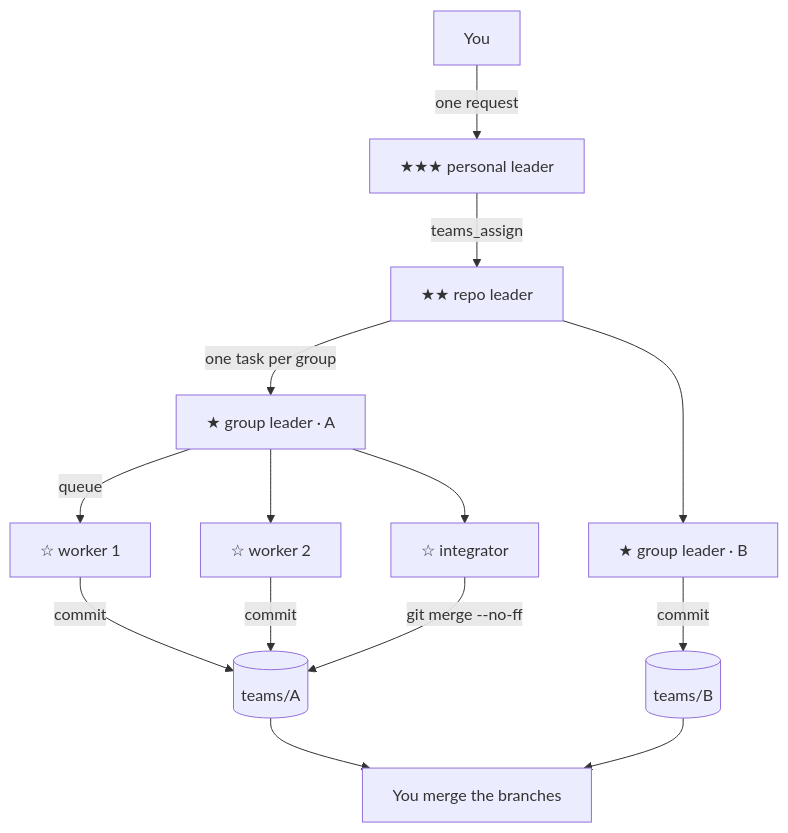
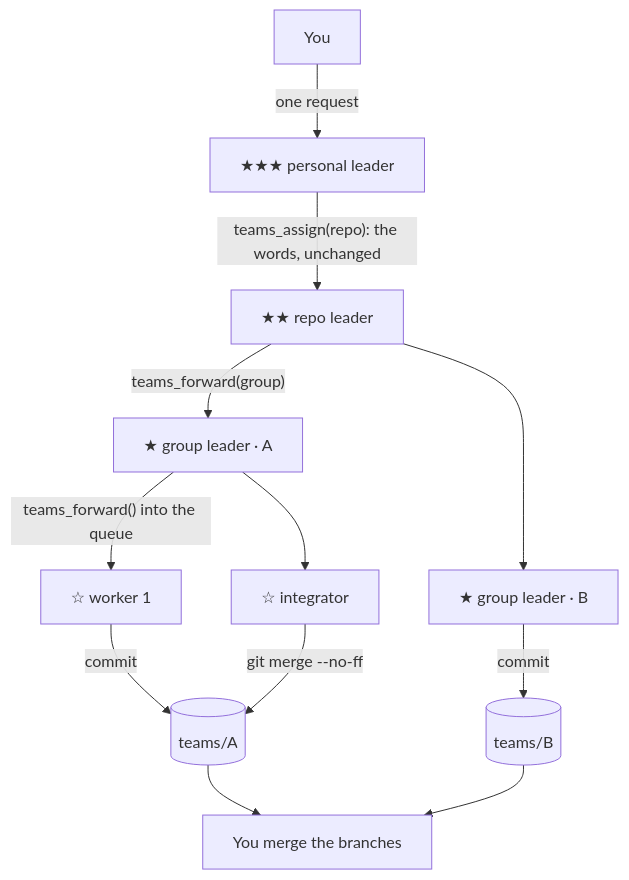
One commit to magic3007/omp-teams changed the diagram in README.md. Above: the diagram before and after it, drawn with Mermaid. The commit also changed other lines of this file and 1 other file, not shown here.

````diff
--- a/README.md
+++ b/README.md
@@ -123,16 +126,14 @@
 ```mermaid
 flowchart TD
   H[You] -->|one request| P["★★★ personal leader"]
-  P -->|teams_assign| R["★★ repo leader"]
-  R -->|one task per group| GA["★ group leader · A"]
+  P -->|"teams_assign(repo): the words, unchanged"| R["★★ repo leader"]
+  R -->|"teams_forward(group)"| GA["★ group leader · A"]
   R --> GB["★ group leader · B"]
-  GA -->|queue| WA["☆ worker 1"]
-  GA --> WA2["☆ worker 2"]
+  GA -->|"teams_forward() into the queue"| WA["☆ worker 1"]
   GA --> IA["☆ integrator"]
   WA -->|commit| BRA[("teams/A")]
-  WA2 -->|commit| BRA
   IA -->|git merge --no-ff| BRA
   GB -->|commit| BRB[("teams/B")]
   BRA --> D["You merge the branches"]
   BRB --> D
 ```
````
